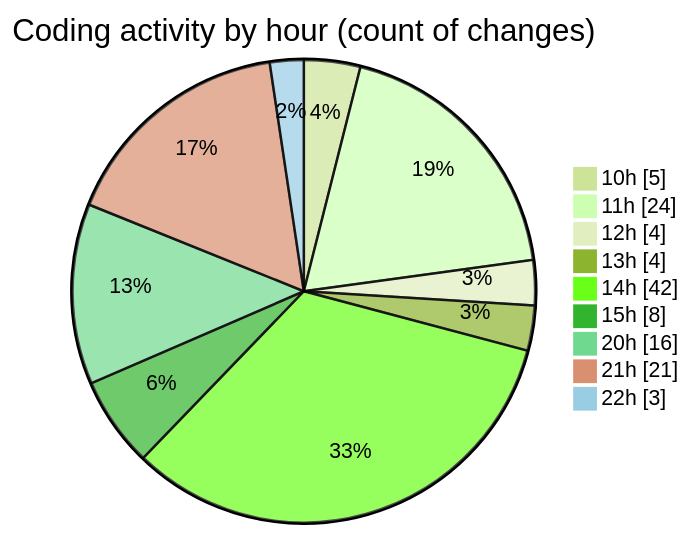
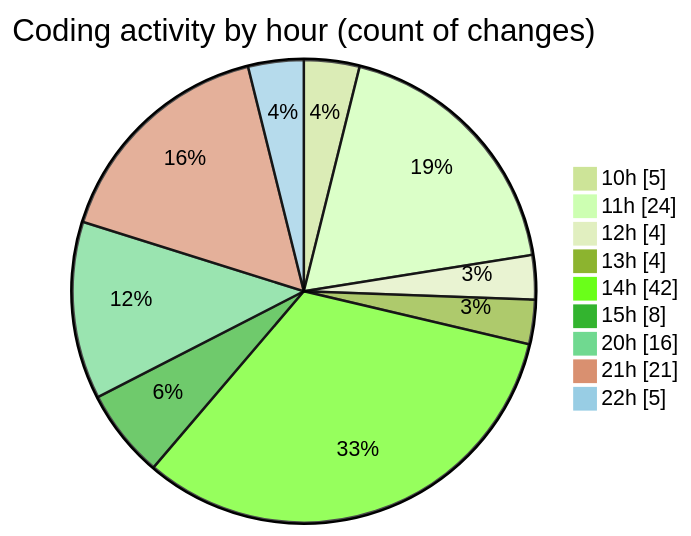
Before and after one commit to momahboobian/code-tracking: the second of 2 diagrams in 2026-09-09/cda/README.md, drawn with Mermaid (forest theme). The commit also changed other lines of this file and 1 other file, not shown here.

````diff
--- a/2026-09-09/cda/README.md
+++ b/2026-09-09/cda/README.md
@@ -53,13 +53,13 @@
 ```mermaid
 pie showData
 title Coding activity by hour (count of changes)
 "10h" : 5
 "11h" : 24
 "12h" : 4
 "13h" : 4
 "14h" : 42
 "15h" : 8
 "20h" : 16
 "21h" : 21
-"22h" : 3
+"22h" : 5
 ```
````
